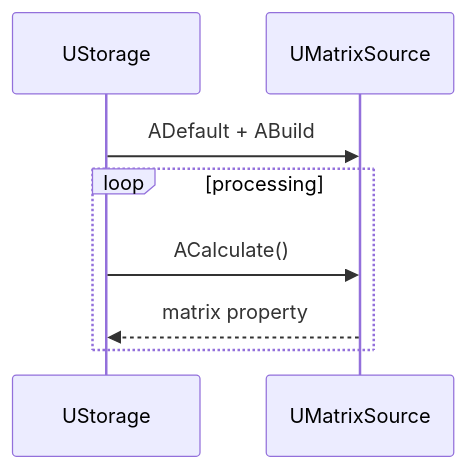
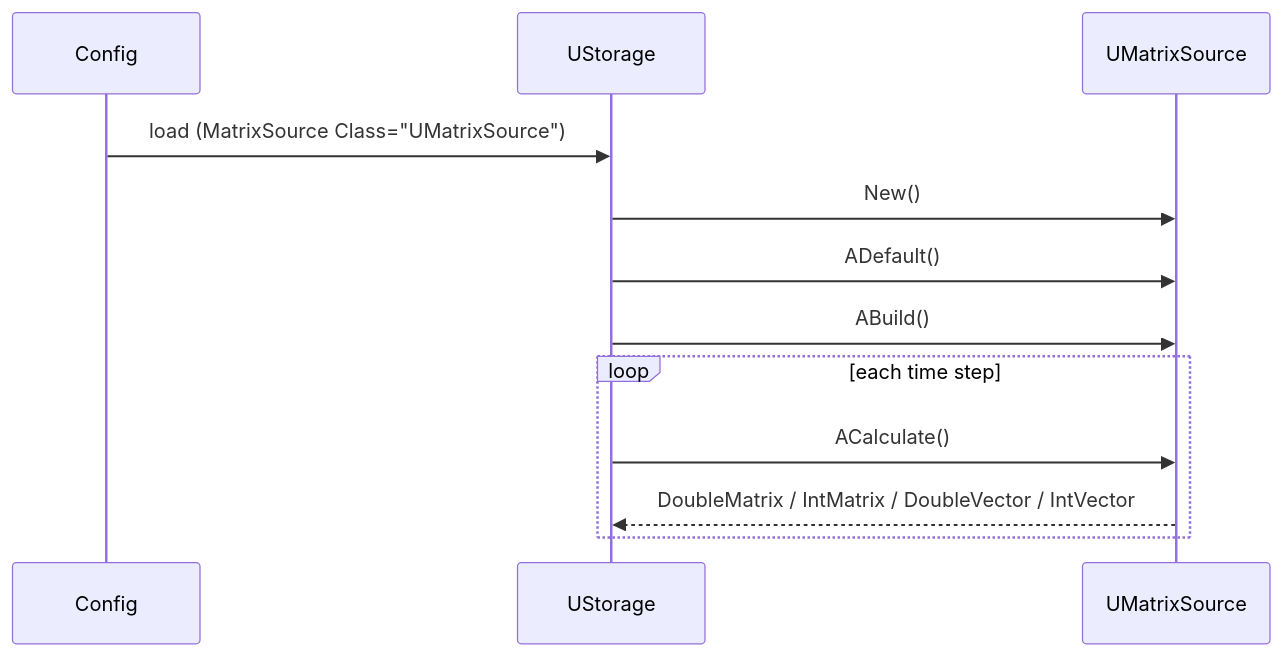
The second of 5 diagrams in Docs/Components/UMatrixSource.md (aicommunity/Rdk-BasicLib), drawn with Mermaid before and after one commit. The commit also changed other lines of this file and 14 other files, not shown here.

````diff
--- a/Docs/Components/UMatrixSource.md
+++ b/Docs/Components/UMatrixSource.md
@@ -25,10 +44,16 @@
 ```mermaid
 sequenceDiagram
+    participant Cfg as Config
     participant S as UStorage
     participant Src as UMatrixSource
-    S->>Src: ADefault + ABuild
-    loop processing
+
+    Cfg->>S: load (MatrixSource Class="UMatrixSource")
+    S->>Src: New()
+    S->>Src: ADefault()
+    S->>Src: ABuild()
+
+    loop each time step
         S->>Src: ACalculate()
-        Src-->>S: matrix property
+        Src-->>S: DoubleMatrix / IntMatrix / DoubleVector / IntVector
     end
 ```
````
